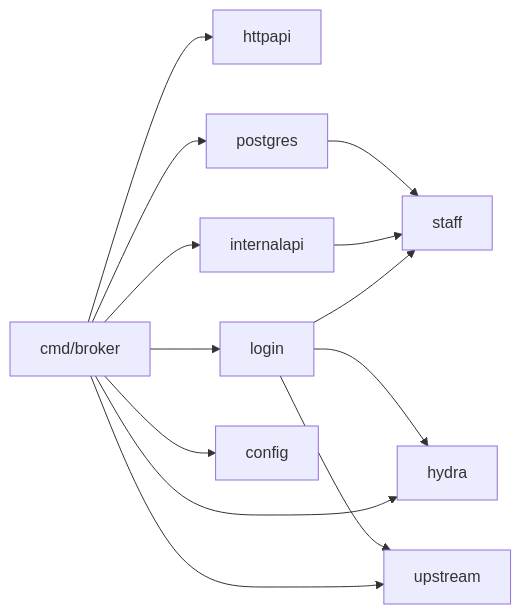
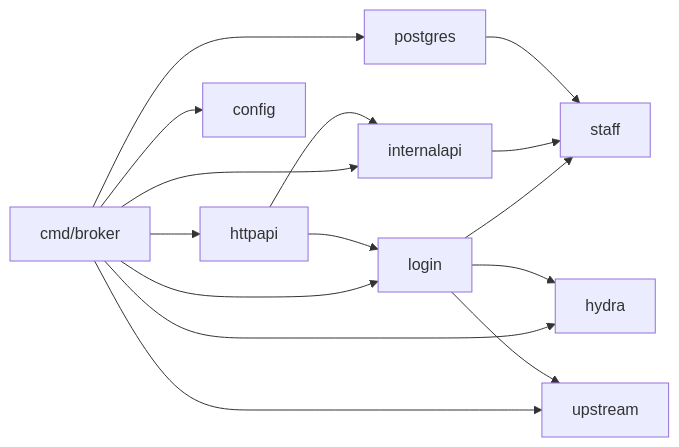
Before and after one commit to Fukuemon/buddy: the second of 9 diagrams in services/broker/DesignDoc.md, drawn with Mermaid. The commit also changed other lines of this file and 3 other files, not shown here.

````diff
--- a/services/broker/DesignDoc.md
+++ b/services/broker/DesignDoc.md
@@ -84,16 +84,17 @@
 ```mermaid
 flowchart LR
   cmd["cmd/broker"]
   httpapi
   login
   internalapi
   postgres
   staff
   hydra
   upstream
   config
   cmd --> httpapi & login & internalapi & postgres & hydra & upstream & config
+  httpapi --> login & internalapi
   login --> staff & hydra & upstream
   internalapi --> staff
   postgres --> staff
 ```
````
